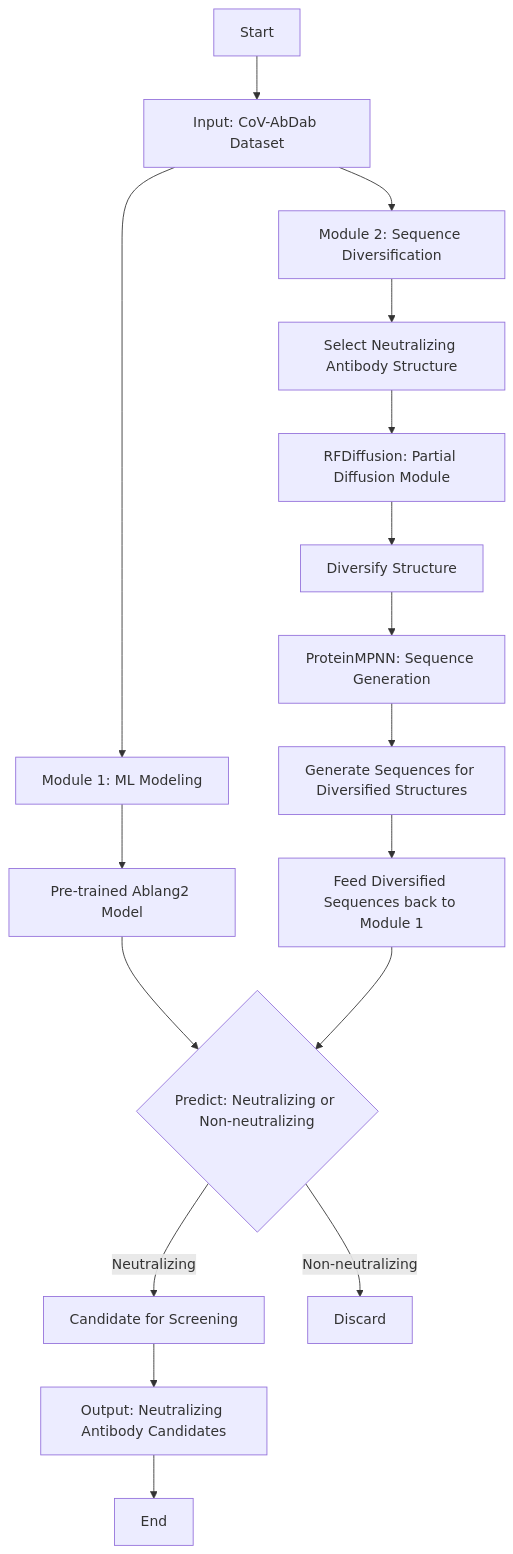
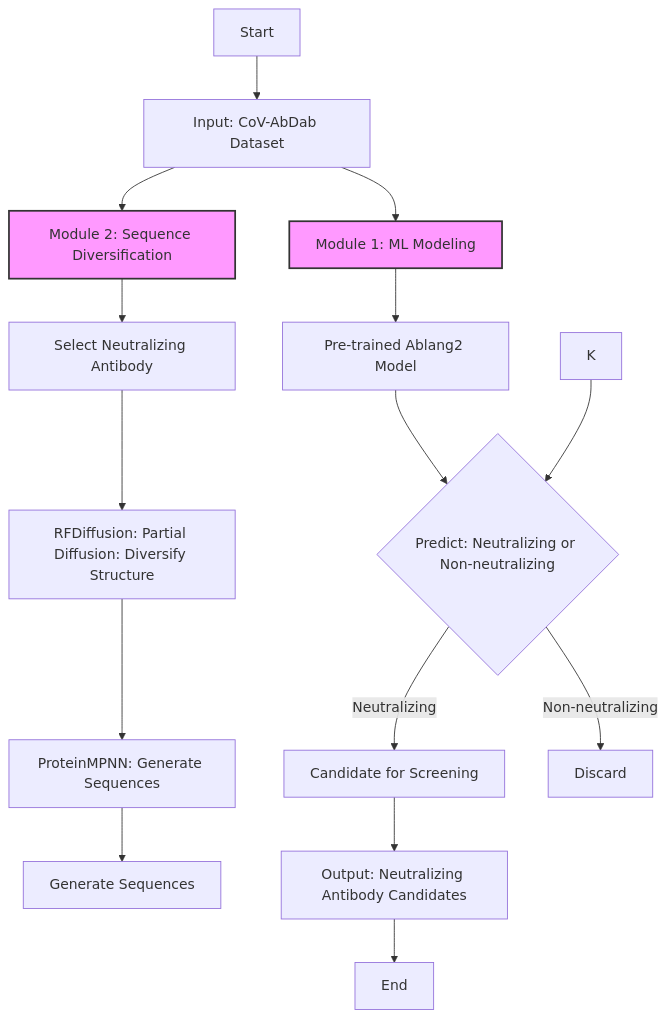
One commit to AntibodyEngineers/2024-Antibodies-and-AI changed the first of 2 diagrams in README.md. Above: the diagram before and after it, drawn with Mermaid.

Commit message:
Update README.md
change workflow chart

````diff
--- a/README.md
+++ b/README.md
@@ -11,23 +11,23 @@
 ```mermaid
 graph TD
     A[Start] --> B[Input: CoV-AbDab Dataset]
     B --> C[Module 1: ML Modeling]
+    B --> F[Module 2: Sequence Diversification]
+    
     C --> D[Pre-trained Ablang2 Model]
     D --> E{Predict: Neutralizing or Non-neutralizing}
     
-    B --> F[Module 2: Sequence Diversification]
-    F --> G[Select Neutralizing Antibody Structure]
-    G --> H[RFDiffusion: Partial Diffusion Module]
-    H --> I[Diversify Structure]
-    I --> J[ProteinMPNN: Sequence Generation]
-    J --> K[Generate Sequences for Diversified Structures]
+    F --> G[Select Neutralizing Antibody]
+    G --> H[RFDiffusion: Partial Diffusion: Diversify Structure]
+    H --> I[ProteinMPNN: Generate Sequences]
+    I --> J[Generate Sequences]
     
-    K --> L[Feed Diversified Sequences back to Module 1]
-    L --> E
-    
+    K --> E
     E -->|Neutralizing| M[Candidate for Screening]
     E -->|Non-neutralizing| N[Discard]
-    
     M --> O[Output: Neutralizing Antibody Candidates]
     O --> P[End]
+
+    classDef module fill:#f9f,stroke:#333,stroke-width:2px;
+    class C,F module;
 ```
````
